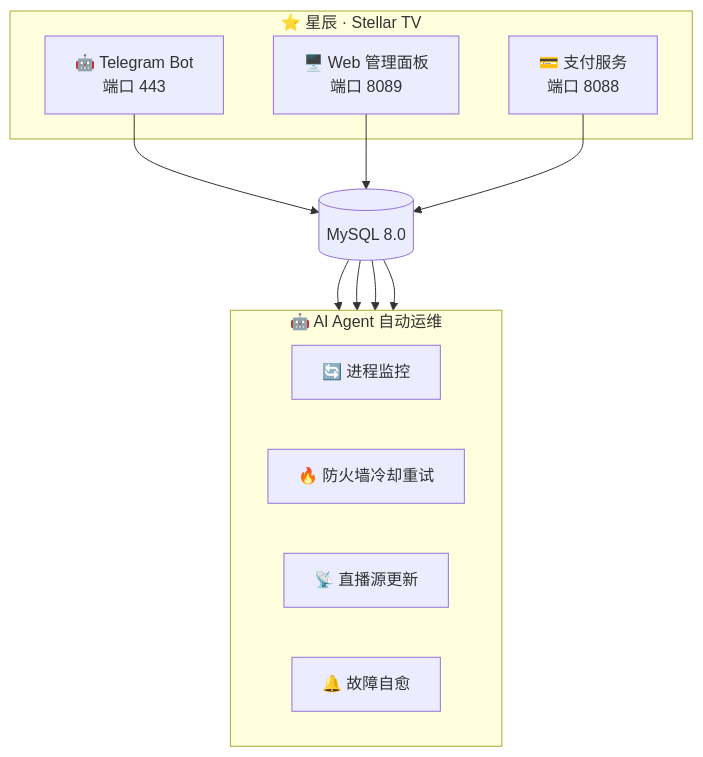
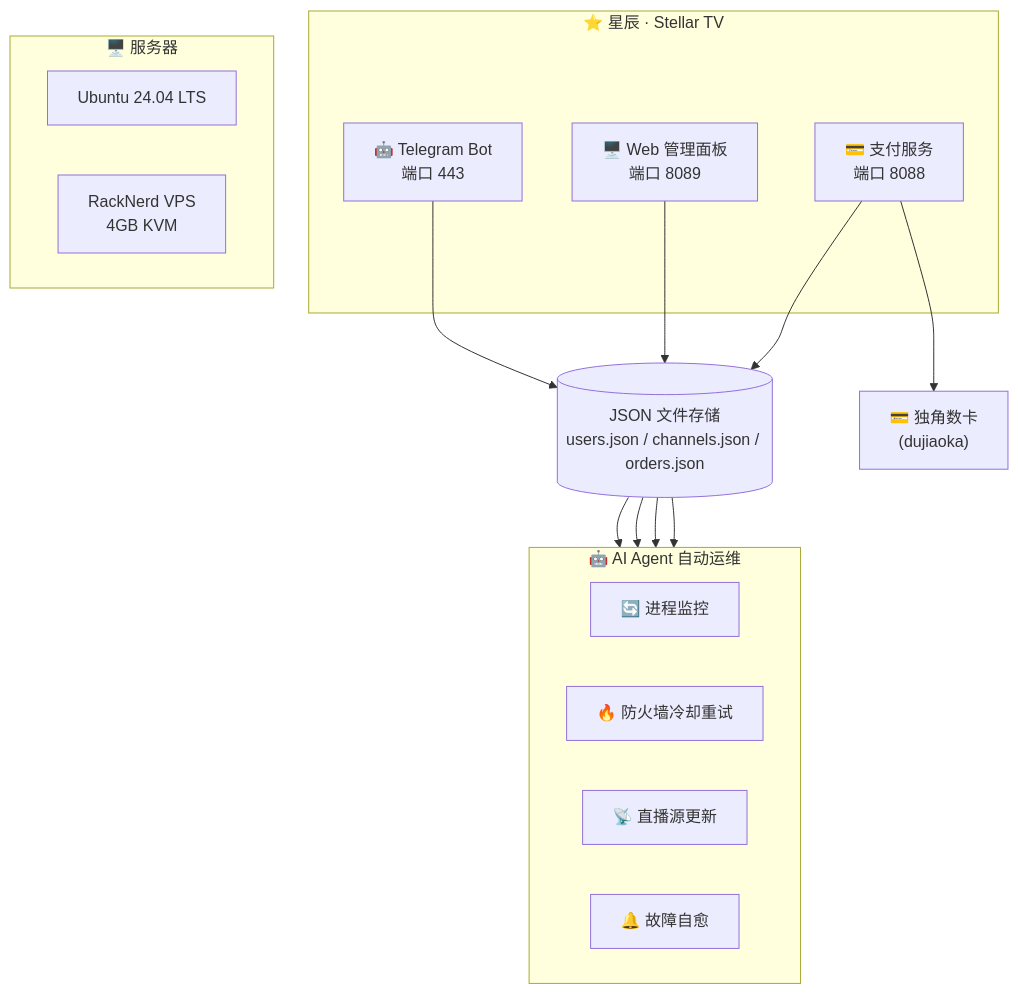
One commit to xkmuzili/starchen-iptv changed the diagram in README.md. Above: the diagram before and after it, drawn with Mermaid. The commit also changed other lines of this file and 4 other files, not shown here.

````diff
--- a/README.md
+++ b/README.md
@@ -130,25 +130,33 @@
 ```mermaid
 graph TB
     subgraph StellarTV["⭐ 星辰 · Stellar TV"]
         Bot["🤖 Telegram Bot<br/>端口 443"]
         Web["🖥️ Web 管理面板<br/>端口 8089"]
         Pay["💳 支付服务<br/>端口 8088"]
     end
 
-    Bot --> DB[("MySQL 8.0")]
+    Bot --> DB[("JSON 文件存储<br/>users.json / channels.json / orders.json")]
     Web --> DB
     Pay --> DB
+
+    Pay --> PG["💳 独角数卡<br/>(dujiaoka)"]
+
+    subgraph Server["🖥️ 服务器"]
+        direction LR
+        OS["Ubuntu 24.04 LTS"]
+        VPS["RackNerd VPS<br/>4GB KVM"]
+    end
 
     subgraph AIAgent["🤖 AI Agent 自动运维"]
         direction LR
         E["🔄 进程监控"]
         F["🔥 防火墙冷却重试"]
         G["📡 直播源更新"]
         H["🔔 故障自愈"]
     end
 
     DB --> E
     DB --> F
     DB --> G
     DB --> H
 ```
````
